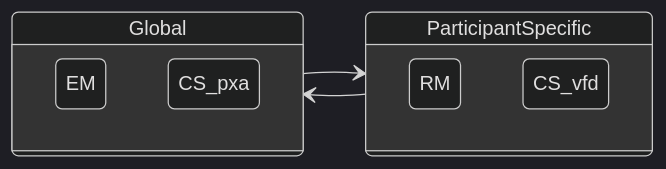
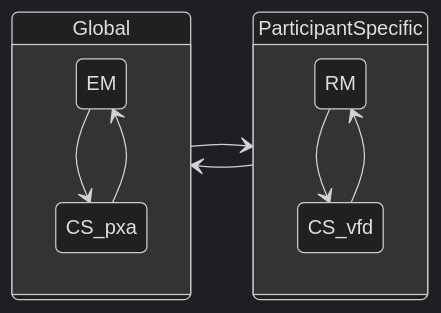
The first of 2 diagrams in docs/process_models/model_interactions/index.md (CERTCC/Vultron), drawn with Mermaid (dark theme) before and after one commit. The commit also changed other lines of this file and 3 other files, not shown here.

````diff
--- a/docs/process_models/model_interactions/index.md
+++ b/docs/process_models/model_interactions/index.md
@@ -11,14 +16,18 @@
 ```mermaid
 stateDiagram-v2
     direction LR
     state Global {
         EM
         CS_pxa
+        EM --> CS_pxa
+        CS_pxa --> EM
     }
     state ParticipantSpecific {
         RM
         CS_vfd
+        RM --> CS_vfd
+        CS_vfd --> RM
     }
     Global --> ParticipantSpecific 
     ParticipantSpecific --> Global
 ```
````
